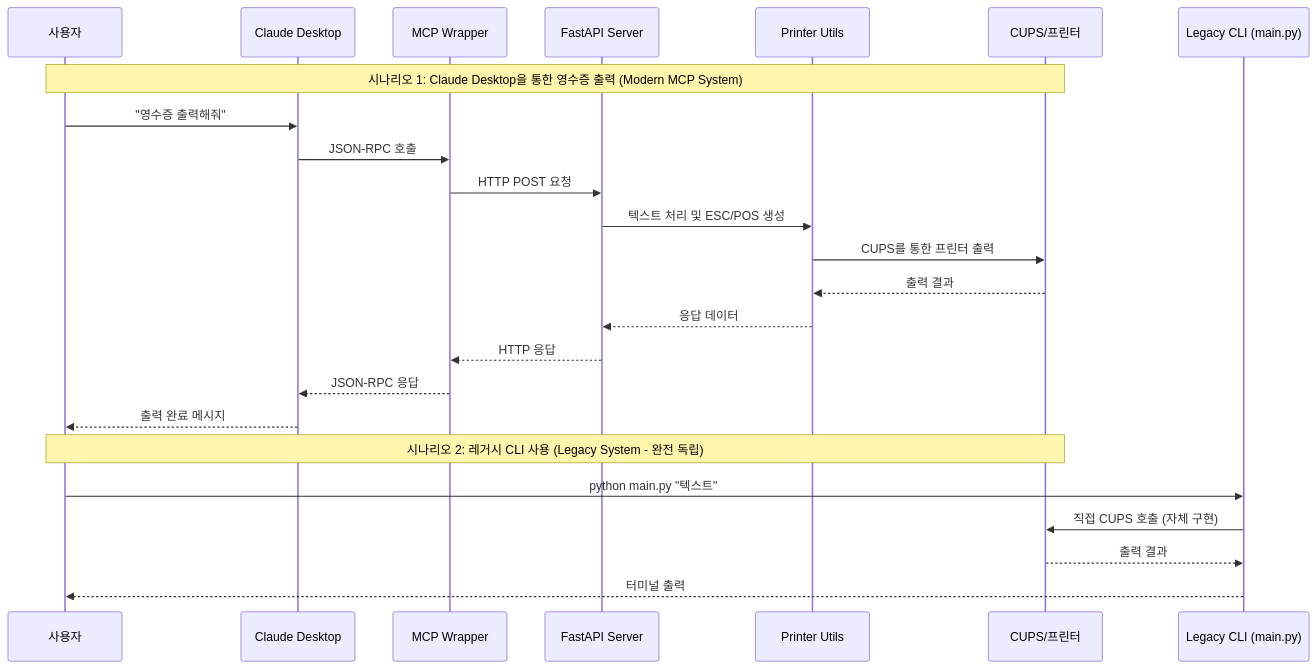
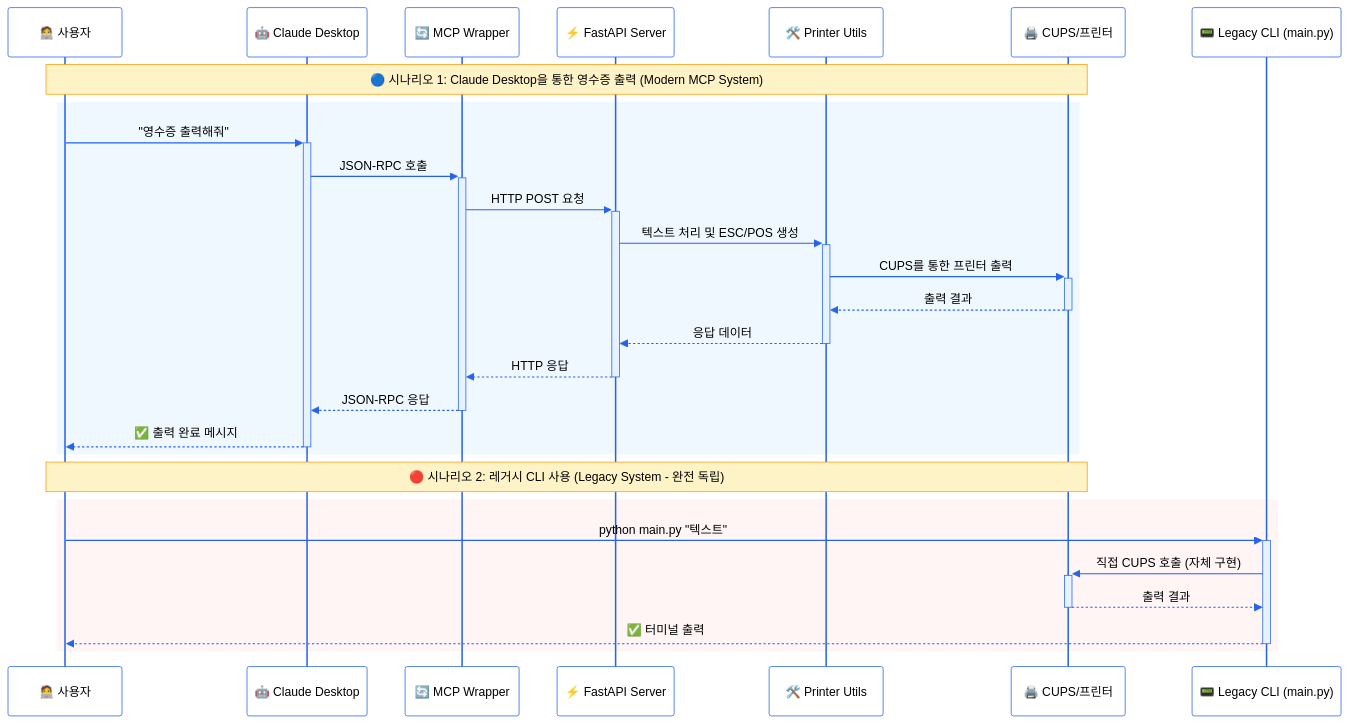
Before and after one commit to nicewook/receipt-printer: the second of 5 diagrams in docs/architecture-overview.md, drawn with Mermaid. The commit also changed other lines of this file, not shown here.

Commit message:
Improve Mermaid diagram readability and visual design
- Add explicit color themes for all Mermaid diagrams
- Fix text visibility issues with black text (color:#000000)
- Enhance sequence diagram with emojis and background regions
- Apply consistent pastel color scheme across all diagrams
- Improve contrast and accessibility for better viewing in editors

🤖 Generated with [Claude Code](https://claude.ai/code)

````diff
--- a/docs/architecture-overview.md
+++ b/docs/architecture-overview.md
@@ -52,28 +66,58 @@
 ```mermaid
+%%{init: {
+  'theme': 'base',
+  'themeVariables': {
+    'primaryColor': '#f8f9fa',
+    'primaryTextColor': '#000000',
+    'primaryBorderColor': '#333333',
+    'lineColor': '#333333',
+    'actorBkg': '#ffffff',
+    'actorBorder': '#2563eb',
+    'actorTextColor': '#000000',
+    'actorLineColor': '#2563eb',
+    'signalColor': '#2563eb',
+    'signalTextColor': '#000000',
+    'activationBkgColor': '#e6f3ff',
+    'activationBorderColor': '#2563eb',
+    'noteBkgColor': '#fef3c7',
+    'noteTextColor': '#000000',
+    'noteBorderColor': '#f59e0b',
+    'loopTextColor': '#000000',
+    'labelTextColor': '#000000',
+    'labelBoxBkgColor': '#ffffff',
+    'labelBoxBorderColor': '#333333'
+  }
+}}%%
 sequenceDiagram
-    participant U as 사용자
-    participant C as Claude Desktop
-    participant M as MCP Wrapper
-    participant F as FastAPI Server
-    participant P as Printer Utils
-    participant S as CUPS/프린터
-    participant L as Legacy CLI (main.py)
+    participant U as 🧑‍💻 사용자
+    participant C as 🤖 Claude Desktop
+    participant M as 🔄 MCP Wrapper
+    participant F as ⚡ FastAPI Server
+    participant P as 🛠️ Printer Utils
+    participant S as 🖨️ CUPS/프린터
+    participant L as 📟 Legacy CLI (main.py)
 
-    Note over U,S: 시나리오 1: Claude Desktop을 통한 영수증 출력 (Modern MCP System)
-    U->>C: "영수증 출력해줘"
-    C->>M: JSON-RPC 호출
-    M->>F: HTTP POST 요청
-    F->>P: 텍스트 처리 및 ESC/POS 생성
-    P->>S: CUPS를 통한 프린터 출력
-    S-->>P: 출력 결과
-    P-->>F: 응답 데이터
-    F-->>M: HTTP 응답
-    M-->>C: JSON-RPC 응답
-    C-->>U: 출력 완료 메시지
+    Note over U,S: 🔵 시나리오 1: Claude Desktop을 통한 영수증 출력 (Modern MCP System)
+    
+    rect rgb(240, 248, 255)
+        U->>+C: "영수증 출력해줘"
+        C->>+M: JSON-RPC 호출
+        M->>+F: HTTP POST 요청
+        F->>+P: 텍스트 처리 및 ESC/POS 생성
+        P->>+S: CUPS를 통한 프린터 출력
+        S-->>-P: 출력 결과
+        P-->>-F: 응답 데이터
+        F-->>-M: HTTP 응답
+        M-->>-C: JSON-RPC 응답
+        C-->>-U: ✅ 출력 완료 메시지
+    end
 
-    Note over U,S: 시나리오 2: 레거시 CLI 사용 (Legacy System - 완전 독립)
-    U->>L: python main.py "텍스트"
-    L->>S: 직접 CUPS 호출 (자체 구현)
-    S-->>L: 출력 결과
-    L-->>U: 터미널 출력
+    Note over U,S: 🔴 시나리오 2: 레거시 CLI 사용 (Legacy System - 완전 독립)
+    
+    rect rgb(255, 245, 245)
+        U->>+L: python main.py "텍스트"
+        L->>+S: 직접 CUPS 호출 (자체 구현)
+        S-->>-L: 출력 결과
+        L-->>-U: ✅ 터미널 출력
+    end
 ```
````
